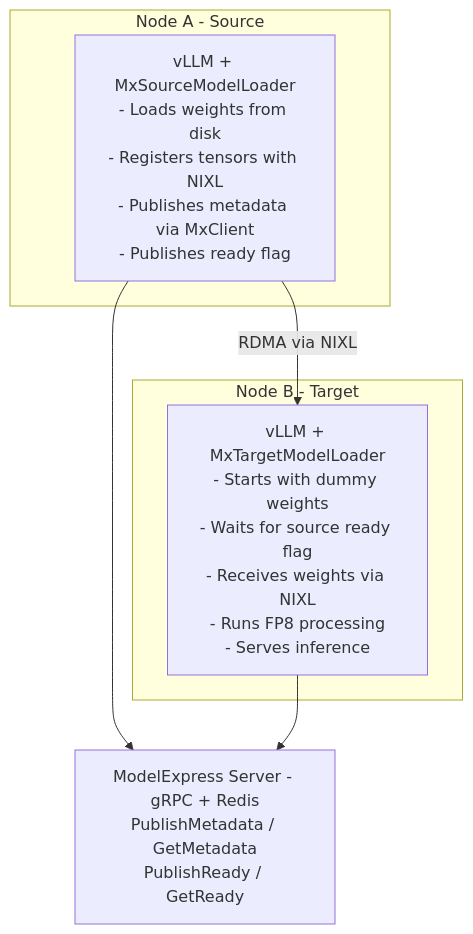
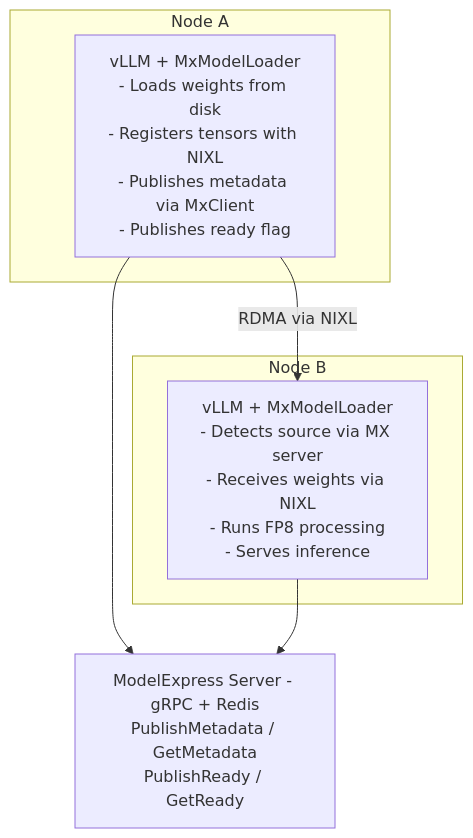
The diagram in examples/p2p_transfer_k8s/README.md (ai-dynamo/modelexpress), drawn with Mermaid before and after one commit. The commit also changed other lines of this file and 9 other files, not shown here.

First line of the commit message:
feat: replace mx-source/mx-target with unified mx loader

````diff
--- a/examples/p2p_transfer_k8s/README.md
+++ b/examples/p2p_transfer_k8s/README.md
@@ -7,13 +7,13 @@
 ```mermaid
 graph TD
-    subgraph "Node A - Source"
-        A[vLLM + MxSourceModelLoader<br/>- Loads weights from disk<br/>- Registers tensors with NIXL<br/>- Publishes metadata via MxClient<br/>- Publishes ready flag]
+    subgraph "Node A"
+        A[vLLM + MxModelLoader<br/>- Loads weights from disk<br/>- Registers tensors with NIXL<br/>- Publishes metadata via MxClient<br/>- Publishes ready flag]
     end
-    subgraph "Node B - Target"
-        B[vLLM + MxTargetModelLoader<br/>- Starts with dummy weights<br/>- Waits for source ready flag<br/>- Receives weights via NIXL<br/>- Runs FP8 processing<br/>- Serves inference]
+    subgraph "Node B"
+        B[vLLM + MxModelLoader<br/>- Detects source via MX server<br/>- Receives weights via NIXL<br/>- Runs FP8 processing<br/>- Serves inference]
     end
     A -- "RDMA via NIXL" --> B
     A --> S
     B --> S
     S[ModelExpress Server - gRPC + Redis<br/>PublishMetadata / GetMetadata<br/>PublishReady / GetReady]
 ```
````
